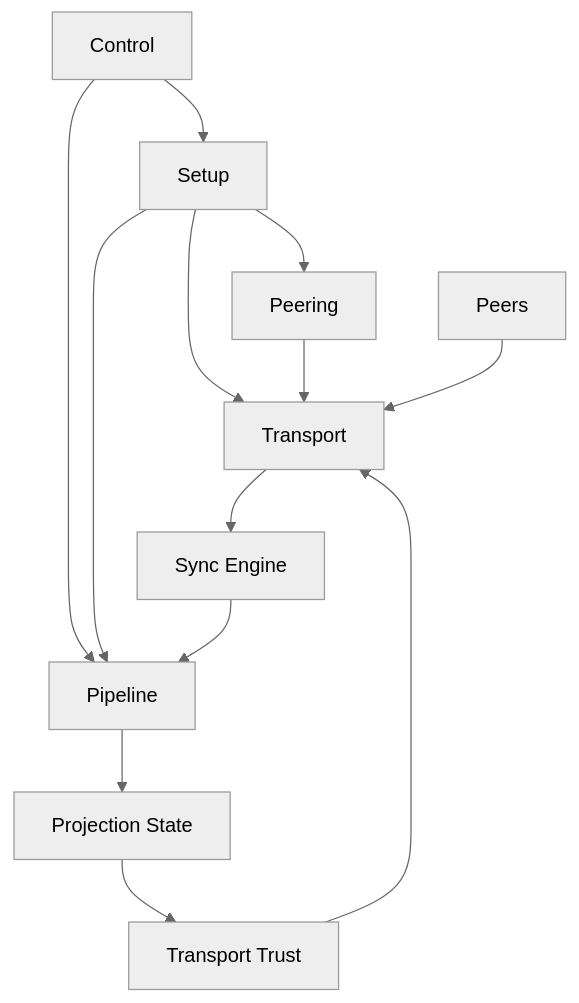
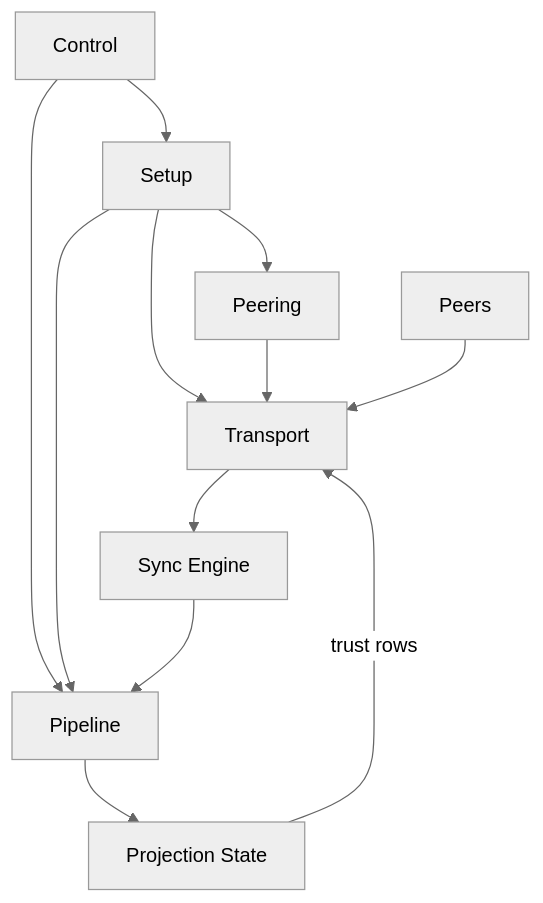
The fourth of 5 diagrams in docs/CURRENT_RUNTIME_DIAGRAM.md (holmesworcester/topo), drawn with Mermaid (neutral theme) before and after one commit. The commit also changed other lines of this file, not shown here.

Commit message:
Fold SQL trust reads into transport diagram boundary

````diff
--- a/docs/CURRENT_RUNTIME_DIAGRAM.md
+++ b/docs/CURRENT_RUNTIME_DIAGRAM.md
@@ -96,26 +95,24 @@
 ```mermaid
 %%{init: {"flowchart": {"wrappingWidth": 320}} }%%
 flowchart TD
     CTRL["Control"]
     BOOT["Setup"]
     ORCH["Peering"]
     TRANS["Transport"]
     SYNC["Sync Engine"]
     PIPE["Pipeline"]
     PSTATE["Projection State"]
-    TRUST["Transport Trust"]
     PEERS["Peers"]
 
     CTRL --> BOOT
     CTRL --> PIPE
     BOOT --> ORCH
     BOOT --> TRANS
     BOOT --> PIPE
     ORCH --> TRANS
     PEERS --> TRANS
     TRANS --> SYNC
     SYNC --> PIPE
     PIPE --> PSTATE
-    PSTATE --> TRUST
-    TRUST --> TRANS
+    PSTATE -->|trust rows| TRANS
 ```
````
